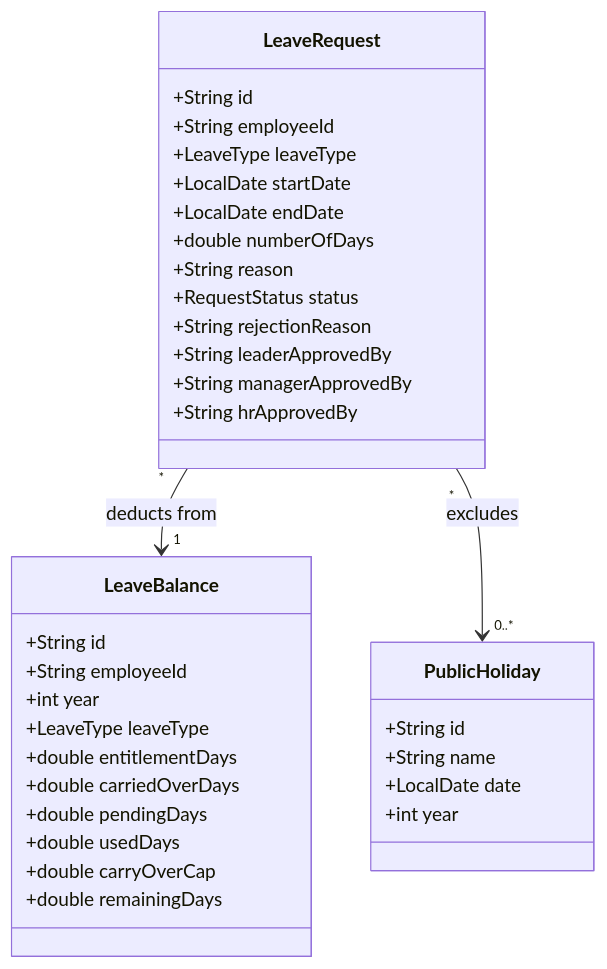
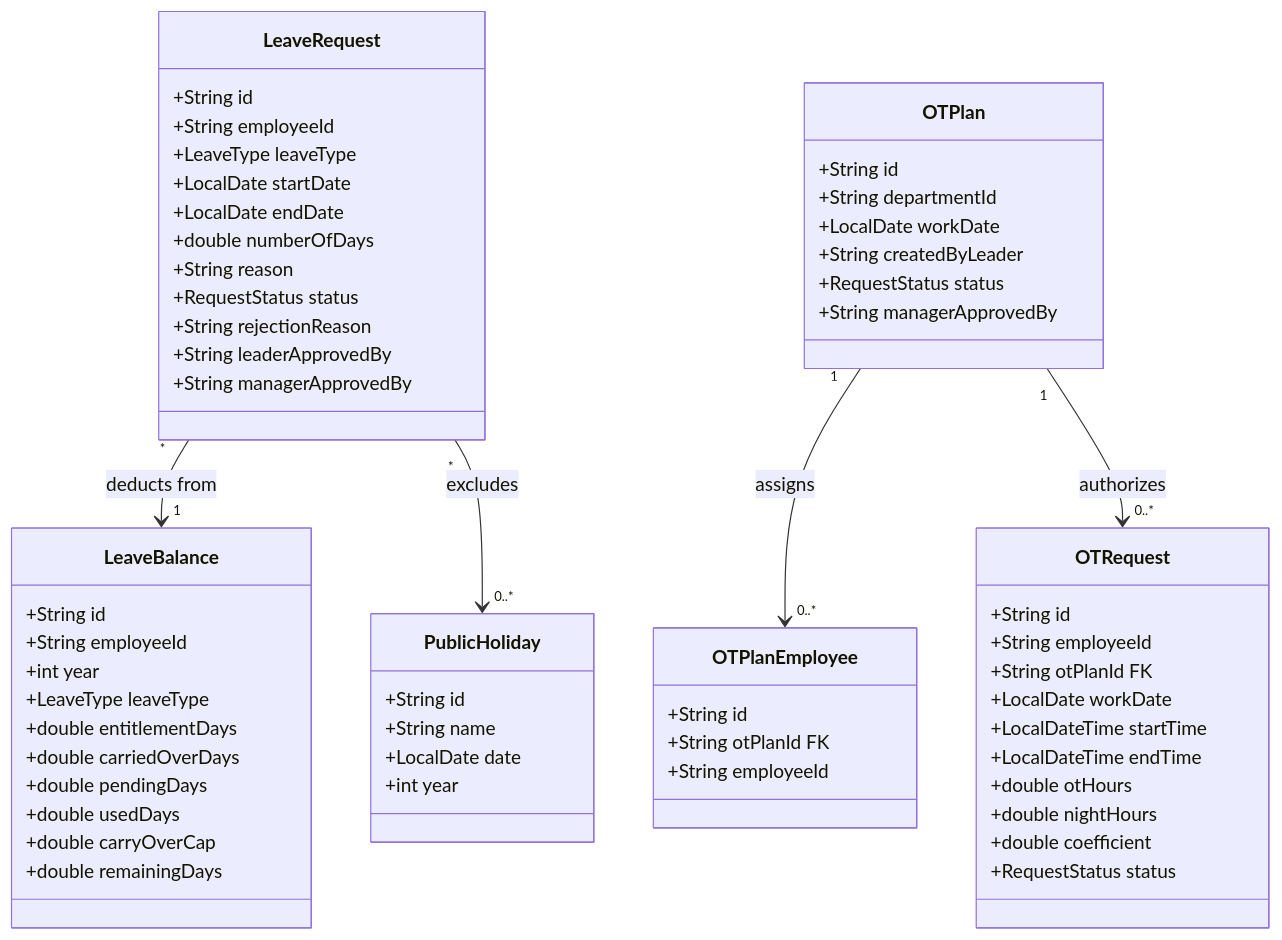
One commit to NBachTH/HRMS changed diagram 15 of 19 in docs/DATN_20204812_NguyenThanhBach/DATN_20204812_NguyenThanhBach.md. Above: the diagram before and after it, drawn with Mermaid. The commit also changed other lines of this file and 88 other files, not shown here.

Commit message:
fix Contract, Payroll Run flow

````diff
--- a/docs/DATN_20204812_NguyenThanhBach/DATN_20204812_NguyenThanhBach.md
+++ b/docs/DATN_20204812_NguyenThanhBach/DATN_20204812_NguyenThanhBach.md
@@ -1524,38 +1578,64 @@
 ```mermaid
 classDiagram
     class LeaveRequest {
         +String id
         +String employeeId
         +LeaveType leaveType
         +LocalDate startDate
         +LocalDate endDate
         +double numberOfDays
         +String reason
         +RequestStatus status
         +String rejectionReason
         +String leaderApprovedBy
         +String managerApprovedBy
-        +String hrApprovedBy
     }
     class LeaveBalance {
         +String id
         +String employeeId
         +int year
         +LeaveType leaveType
         +double entitlementDays
         +double carriedOverDays
         +double pendingDays
         +double usedDays
         +double carryOverCap
         +double remainingDays
     }
     class PublicHoliday {
         +String id
         +String name
         +LocalDate date
         +int year
     }
+    class OTPlan {
+        +String id
+        +String departmentId
+        +LocalDate workDate
+        +String createdByLeader
+        +RequestStatus status
+        +String managerApprovedBy
+    }
+    class OTPlanEmployee {
+        +String id
+        +String otPlanId FK
+        +String employeeId
+    }
+    class OTRequest {
+        +String id
+        +String employeeId
+        +String otPlanId FK
+        +LocalDate workDate
+        +LocalDateTime startTime
+        +LocalDateTime endTime
+        +double otHours
+        +double nightHours
+        +double coefficient
+        +RequestStatus status
+    }
 
     LeaveRequest "*" --> "1" LeaveBalance : deducts from
     LeaveRequest "*" --> "0..*" PublicHoliday : excludes
+    OTPlan "1" --> "0..*" OTPlanEmployee : assigns
+    OTPlan "1" --> "0..*" OTRequest : authorizes
 ```
````
